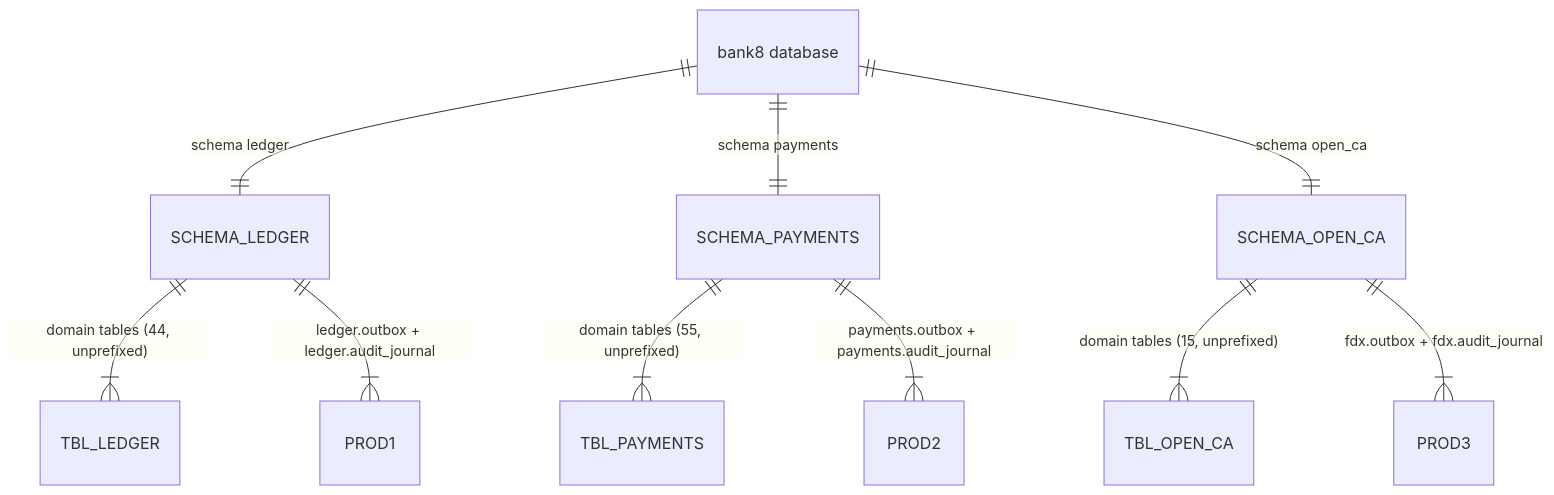
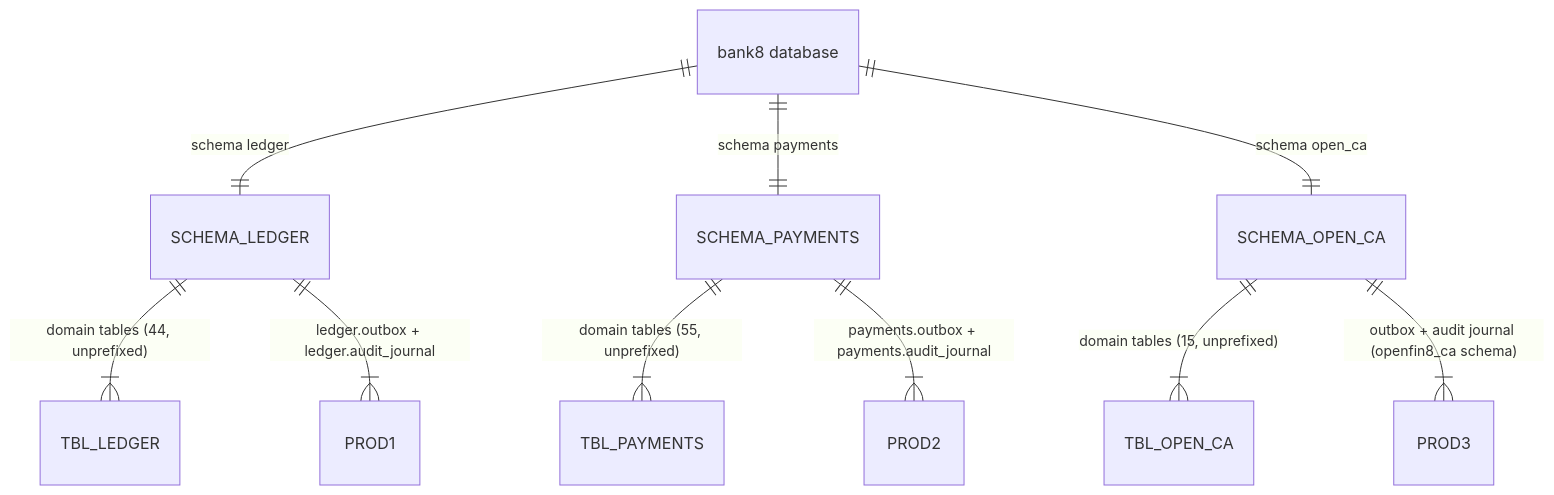
Before and after one commit to Bank8-dev/bank8: the sixth of 8 diagrams in DESIGN.md, drawn with Mermaid. The commit also changed other lines of this file and 3 other files, not shown here.

First line of the commit message:
refactor(FDXNAME-1): the open-banking vertical is OpenFin8 - the retired bank8-fdx name purged tree-wide

````diff
--- a/DESIGN.md
+++ b/DESIGN.md
@@ -139,13 +139,13 @@
 ```mermaid
 erDiagram
     BANK8_DB["bank8 database"]
     BANK8_DB ||--|| SCHEMA_LEDGER : "schema ledger"
     BANK8_DB ||--|| SCHEMA_PAYMENTS : "schema payments"
     BANK8_DB ||--|| SCHEMA_OPEN_CA : "schema open_ca"
     SCHEMA_LEDGER ||--|{ TBL_LEDGER : "domain tables (44, unprefixed)"
     SCHEMA_LEDGER ||--|{ PROD1 : "ledger.outbox + ledger.audit_journal"
     SCHEMA_PAYMENTS ||--|{ TBL_PAYMENTS : "domain tables (55, unprefixed)"
     SCHEMA_PAYMENTS ||--|{ PROD2 : "payments.outbox + payments.audit_journal"
     SCHEMA_OPEN_CA ||--|{ TBL_OPEN_CA : "domain tables (15, unprefixed)"
-    SCHEMA_OPEN_CA ||--|{ PROD3 : "fdx.outbox + fdx.audit_journal"
+    SCHEMA_OPEN_CA ||--|{ PROD3 : "outbox + audit journal (openfin8_ca schema)"
 ```
````
